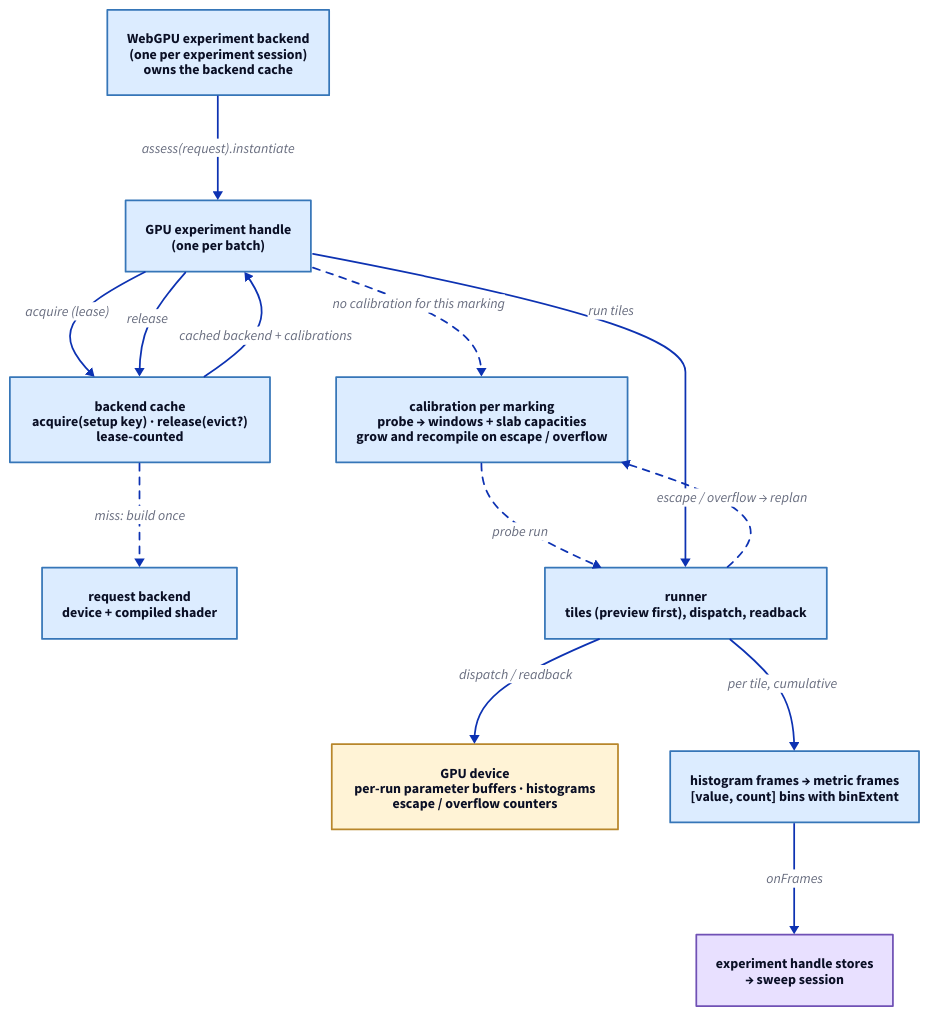
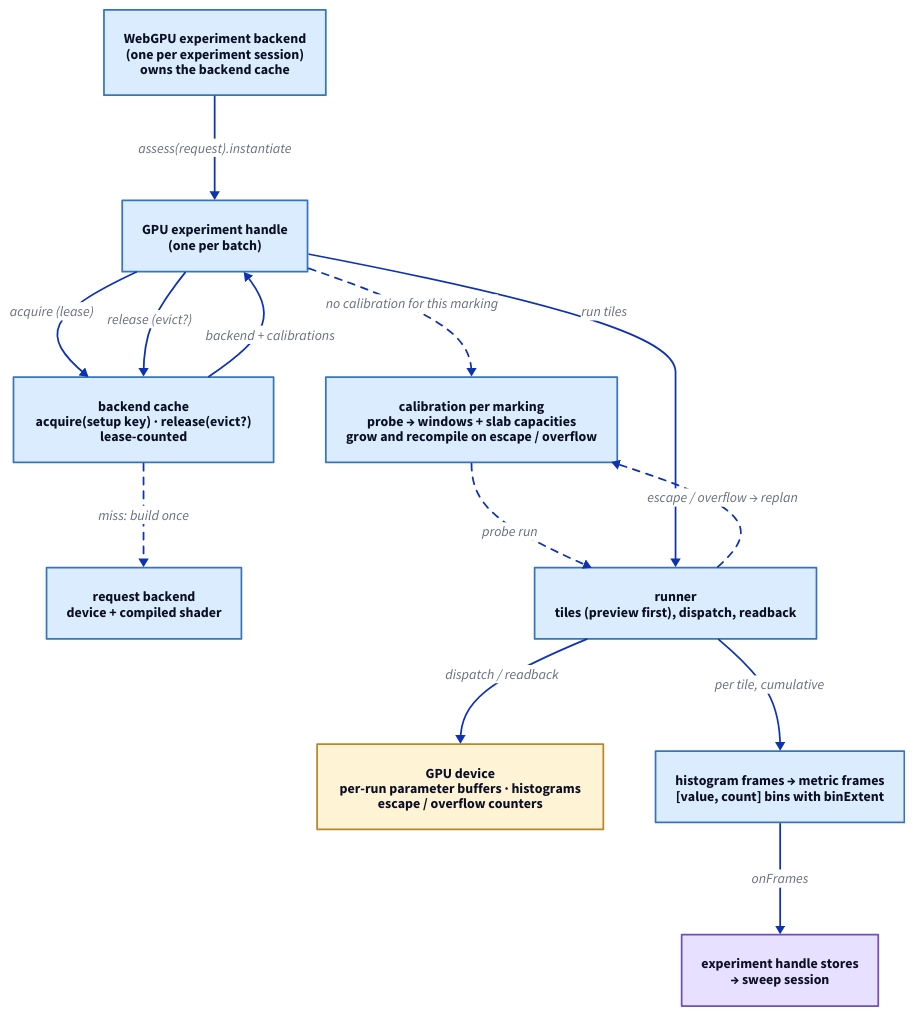
Before and after one commit to hashintel/hash: the diagram in libs/@local/petrinaut-arch-docs/content/diagrams/gpu-batch-lifecycle.d2, drawn with D2. The commit also changed 16 other files, not shown here.

Commit message:
FE-1602: Restyle the Petrinaut architecture docs (#9527)

```diff
--- a/libs/@local/petrinaut-arch-docs/content/diagrams/gpu-batch-lifecycle.d2
+++ b/libs/@local/petrinaut-arch-docs/content/diagrams/gpu-batch-lifecycle.d2
@@ -1,25 +1,25 @@
 # Hand-written; rendered by the arch-docs build. Palette matches src/emit/d2.ts.
 direction: down
 
 backend: "WebGPU experiment backend\n(one per experiment session)\nowns the backend cache" {style.fill: "#dcecff"; style.stroke: "#3676b8"}
 handle: "GPU experiment handle\n(one per batch)" {style.fill: "#dcecff"; style.stroke: "#3676b8"}
 cache: "backend cache\nacquire(setup key) · release(evict?)\nlease-counted" {style.fill: "#dcecff"; style.stroke: "#3676b8"}
 build: "request backend\ndevice + compiled shader" {style.fill: "#dcecff"; style.stroke: "#3676b8"}
 calib: "calibration per marking\nprobe → windows + slab capacities\ngrow and recompile on escape / overflow" {style.fill: "#dcecff"; style.stroke: "#3676b8"}
 runner: "runner\ntiles (preview first), dispatch, readback" {style.fill: "#dcecff"; style.stroke: "#3676b8"}
 device: "GPU device\nper-run parameter buffers · histograms\nescape / overflow counters" {style.fill: "#fff3d6"; style.stroke: "#b8862b"}
 frames: "histogram frames → metric frames\n[value, count] bins with binExtent" {style.fill: "#dcecff"; style.stroke: "#3676b8"}
 stores: "experiment handle stores\n→ sweep session" {style.fill: "#e8e0ff"; style.stroke: "#7051b5"}
 
 backend -> handle: "assess(request).instantiate"
 handle -> cache: "acquire (lease)"
 cache -> build: "miss: build once" {style.stroke-dash: 4}
-cache -> handle: "cached backend + calibrations"
+cache -> handle: "backend + calibrations"
 handle -> calib: "no calibration for this marking" {style.stroke-dash: 4}
 calib -> runner: "probe run" {style.stroke-dash: 4}
 runner -> calib: "escape / overflow → replan" {style.stroke-dash: 4}
 handle -> runner: "run tiles"
 runner -> device: "dispatch / readback"
 runner -> frames: "per tile, cumulative"
 frames -> stores: "onFrames"
-handle -> cache: "release"
+handle -> cache: "release (evict?)"
```
